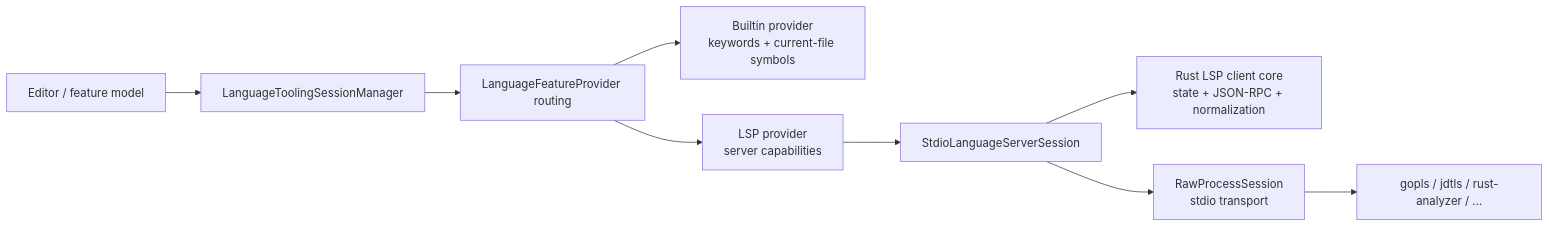
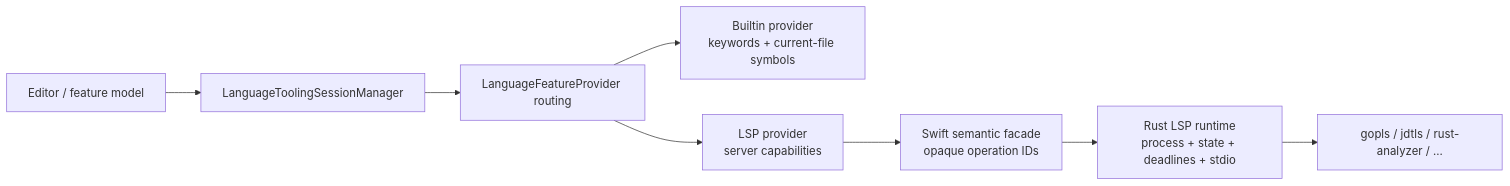
Before and after one commit to 1lck/Lithe-IDEA: the diagram in docs/architecture/language-tooling.md, drawn with Mermaid. The commit also changed other lines of this file and 30 other files, not shown here.

````diff
--- a/docs/architecture/language-tooling.md
+++ b/docs/architecture/language-tooling.md
@@ -18,11 +18,10 @@
 ```mermaid
 flowchart LR
     UI["Editor / feature model"] --> MANAGER["LanguageToolingSessionManager"]
     MANAGER --> ROUTER["LanguageFeatureProvider routing"]
     ROUTER --> BUILTIN["Builtin provider<br/>keywords + current-file symbols"]
     ROUTER --> LSPPROVIDER["LSP provider<br/>server capabilities"]
-    LSPPROVIDER --> SESSION["StdioLanguageServerSession"]
-    SESSION --> CORE["Rust LSP client core<br/>state + JSON-RPC + normalization"]
-    SESSION --> PROCESS["RawProcessSession<br/>stdio transport"]
-    PROCESS --> SERVER["gopls / jdtls / rust-analyzer / ..."]
+    LSPPROVIDER --> SESSION["Swift semantic facade<br/>opaque operation IDs"]
+    SESSION --> CORE["Rust LSP runtime<br/>process + state + deadlines + stdio"]
+    CORE --> SERVER["gopls / jdtls / rust-analyzer / ..."]
 ```
````
